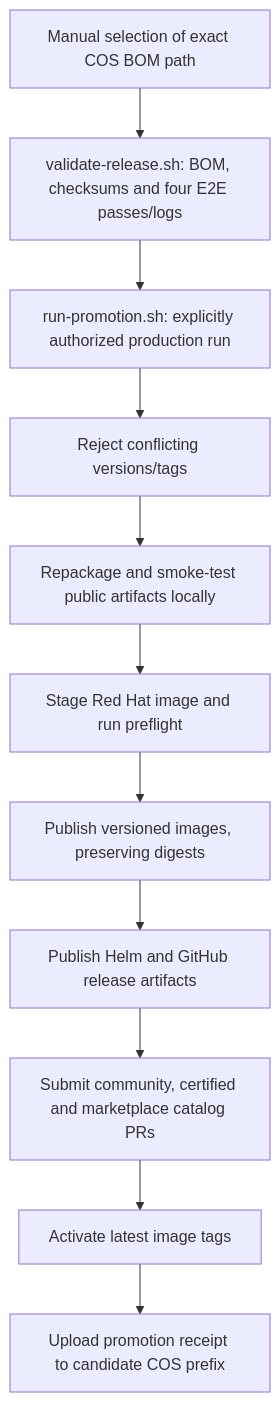
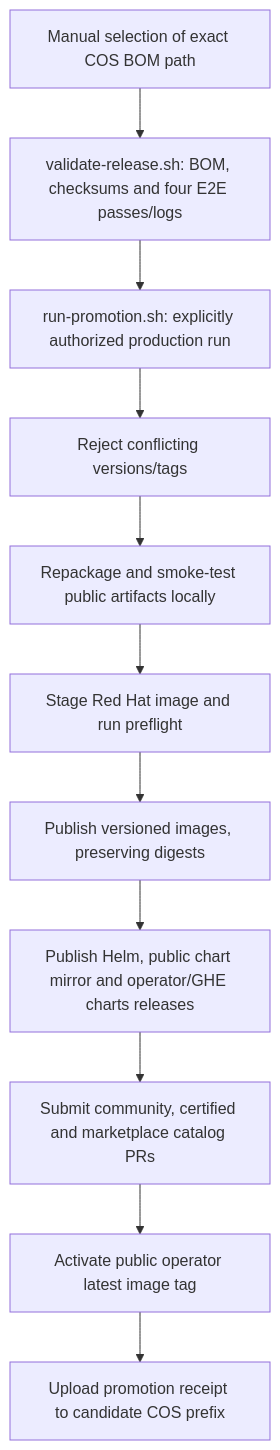
Before and after one commit to instana/instana-agent-operator: the second of 2 diagrams in ci/RELEASE-PIPELINE-ARCHITECTURE.md, drawn with Mermaid. The commit also changed 6 other files, not shown here.

First line of the commit message:
feat(ci): publish Helm chart releases on GitHub Enterprise

````diff
--- a/ci/RELEASE-PIPELINE-ARCHITECTURE.md
+++ b/ci/RELEASE-PIPELINE-ARCHITECTURE.md
@@ -102,13 +102,13 @@
 ```mermaid
 flowchart TD
     Select[Manual selection of exact COS BOM path] --> Gates[validate-release.sh: BOM, checksums and four E2E passes/logs]
     Gates --> Production[run-promotion.sh: explicitly authorized production run]
     Production --> Conflicts[Reject conflicting versions/tags]
     Conflicts --> PublicArtifacts[Repackage and smoke-test public artifacts locally]
     PublicArtifacts --> RedHat[Stage Red Hat image and run preflight]
     RedHat --> Images[Publish versioned images, preserving digests]
-    Images --> Helm[Publish Helm and GitHub release artifacts]
+    Images --> Helm[Publish Helm, public chart mirror and operator/GHE charts releases]
     Helm --> OLM[Submit community, certified and marketplace catalog PRs]
-    OLM --> Latest[Activate latest image tags]
+    OLM --> Latest[Activate public operator latest image tag]
     Latest --> Receipt[Upload promotion receipt to candidate COS prefix]
 ```
````
